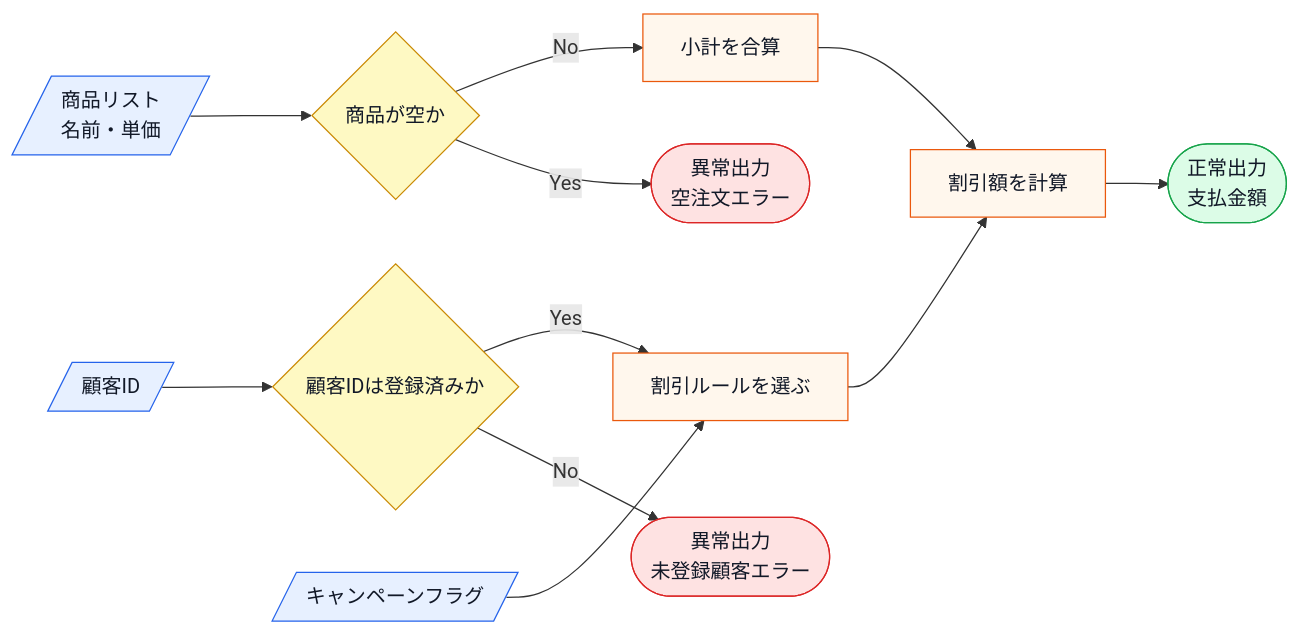
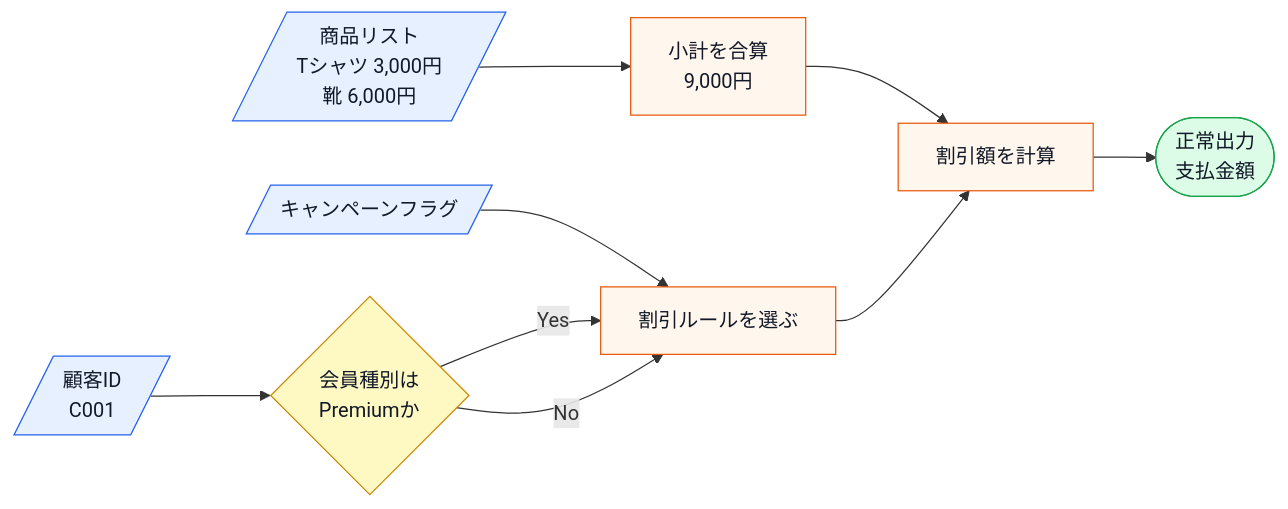
Before and after one commit to kumachan1101-pixel/DesignPattern: the first of 7 diagrams in kindle/design-patterns/output/chapter01.md, drawn with Mermaid. The commit also changed other lines of this file and 1 other file, not shown here.

Commit message:
docs: 仕様図診断と第1章の正常系分離を反映

````diff
--- a/kindle/design-patterns/output/chapter01.md
+++ b/kindle/design-patterns/output/chapter01.md
@@ -45,19 +45,16 @@
 ```mermaid
 flowchart LR
-    A[/商品リスト<br>名前・単価/]:::input --> B{商品が空か}:::decision
-    C[/顧客ID/]:::input --> D{顧客IDは登録済みか}:::decision
+    A[/商品リスト<br>Tシャツ 3,000円<br>靴 6,000円/]:::input --> G[小計を合算<br>9,000円]:::process
+    C[/顧客ID<br>C001/]:::input --> D{会員種別は<br>Premiumか}:::decision
     E[/キャンペーンフラグ/]:::input --> H[割引ルールを選ぶ]:::process
-    B -->|No| G[小計を合算]:::process
     D -->|Yes| H
+    D -->|No| H
     G --> I[割引額を計算]:::process
     H --> I
     I --> J([正常出力<br>支払金額]):::normal
-    B -->|Yes| K([異常出力<br>空注文エラー]):::error
-    D -->|No| L([異常出力<br>未登録顧客エラー]):::error
 
     classDef input fill:#e7f0ff,stroke:#2563eb,color:#111827;
     classDef process fill:#fff7ed,stroke:#ea580c,color:#111827;
     classDef decision fill:#fef9c3,stroke:#ca8a04,color:#111827;
     classDef normal fill:#dcfce7,stroke:#16a34a,color:#111827;
-    classDef error fill:#fee2e2,stroke:#dc2626,color:#111827;
 ```
````
